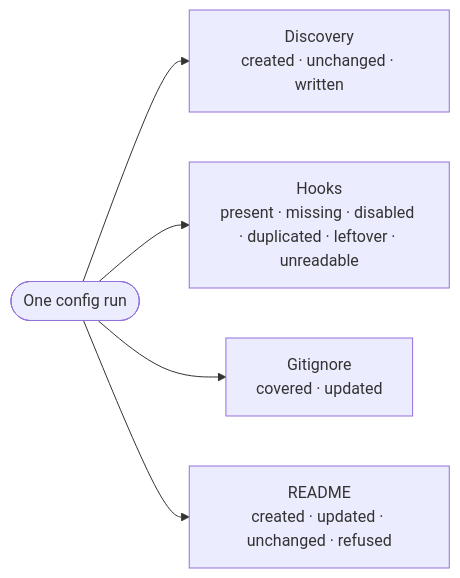
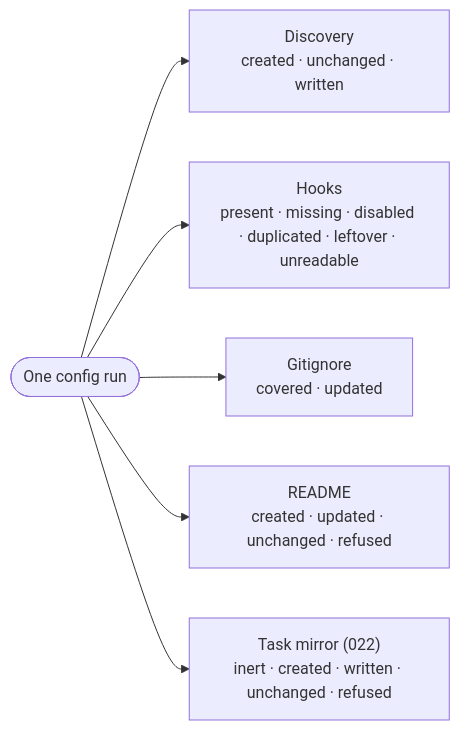
One commit to Fyloss/spec-kit-jira changed the eighth of 8 diagrams in docs/04-config-ceremony.md. Above: the diagram before and after it, drawn with Mermaid. The commit also changed other lines of this file and 76 other files, not shown here.

First line of the commit message:
feat: mirror a story's task list as a Jira checklist (022) (#32)

````diff
--- a/docs/04-config-ceremony.md
+++ b/docs/04-config-ceremony.md
@@ -203,7 +229,8 @@
 ```mermaid
 flowchart LR
     Run(["One config run"]) --> E1["Discovery<br/>created · unchanged · written"]
     Run --> E2["Hooks<br/>present · missing · disabled · duplicated · leftover · unreadable"]
     Run --> E3["Gitignore<br/>covered · updated"]
     Run --> E4["README<br/>created · updated · unchanged · refused"]
+    Run --> E5["Task mirror (022)<br/>inert · created · written · unchanged · refused"]
 ```
````
